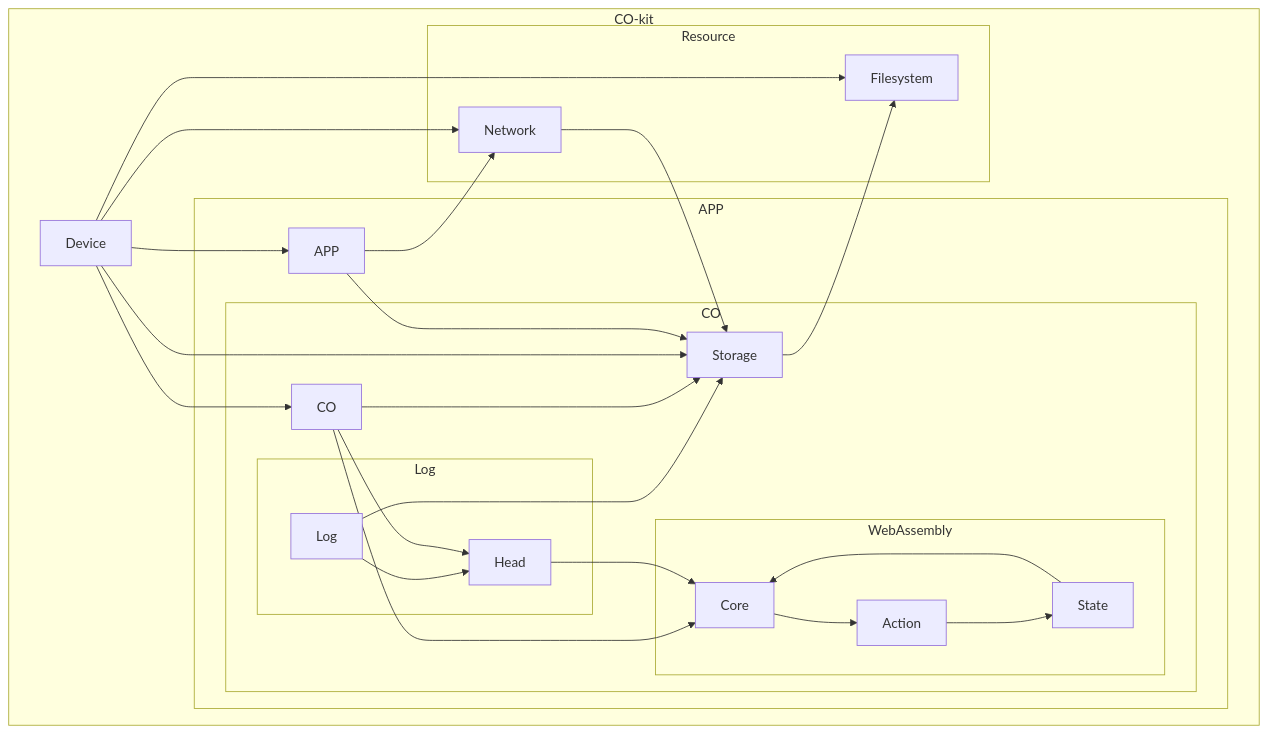
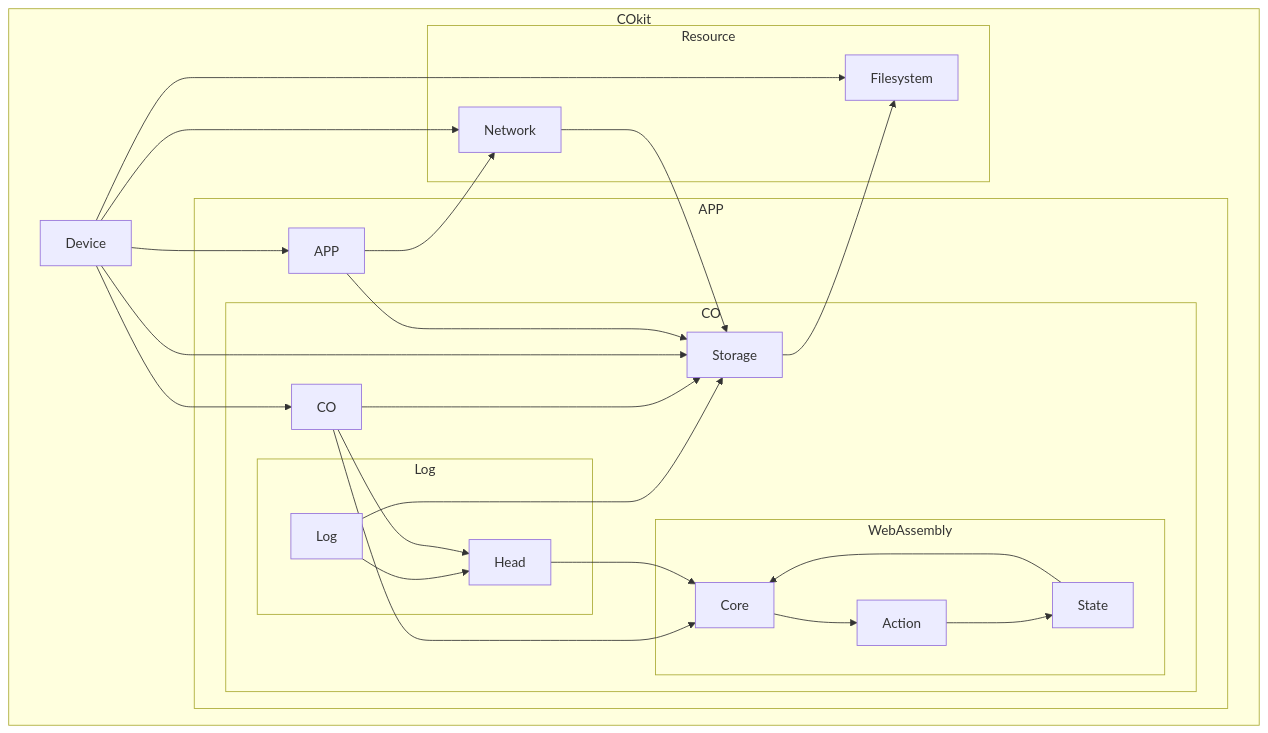
The diagram in docs/src/reference/architecture.md (1iolabs/cokit), drawn with Mermaid before and after one commit. The commit also changed other lines of this file and 633 other files, not shown here.

Commit message:
docs: use COkit instead of CO-kit

````diff
--- a/docs/src/reference/architecture.md
+++ b/docs/src/reference/architecture.md
@@ -8,44 +8,44 @@
 ```mermaid
 flowchart TD
-	subgraph CO-kit
+	subgraph COkit
 		D["Device"]
 		subgraph Resource
 			F["Filesystem"]
 			N["Network"]
 		end
 		subgraph APP
 			B["APP"]
 			subgraph CO
 				C["CO"]
 				S["Storage"]
 				subgraph Log
 					L["Log"]
 					H["Head"]
 				end
 				subgraph WebAssembly
 					R["Core"]
 					A["Action"]
 					M["State"]
 				end
 			end
 		end
 	end
 	L --> S
 	L --> H
 	C --> R
 	C --> H
 	C --> S
 	M --> R
 	R --> A
 	H --> R
 	N --> S
 	D --> S
 	D --> C
 	D --> N
 	D --> F
 	D --> B
 	S --> F
 	A --> M
 	B --> S
 	B --> N
 ```
````
